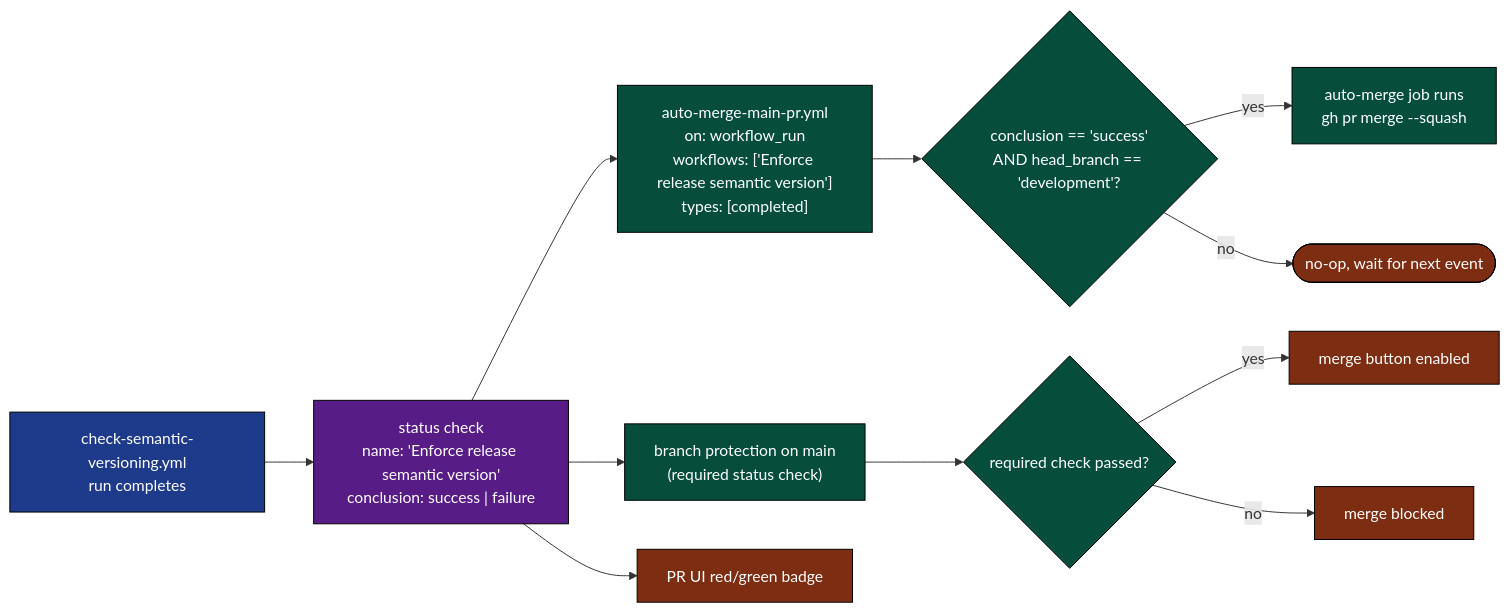
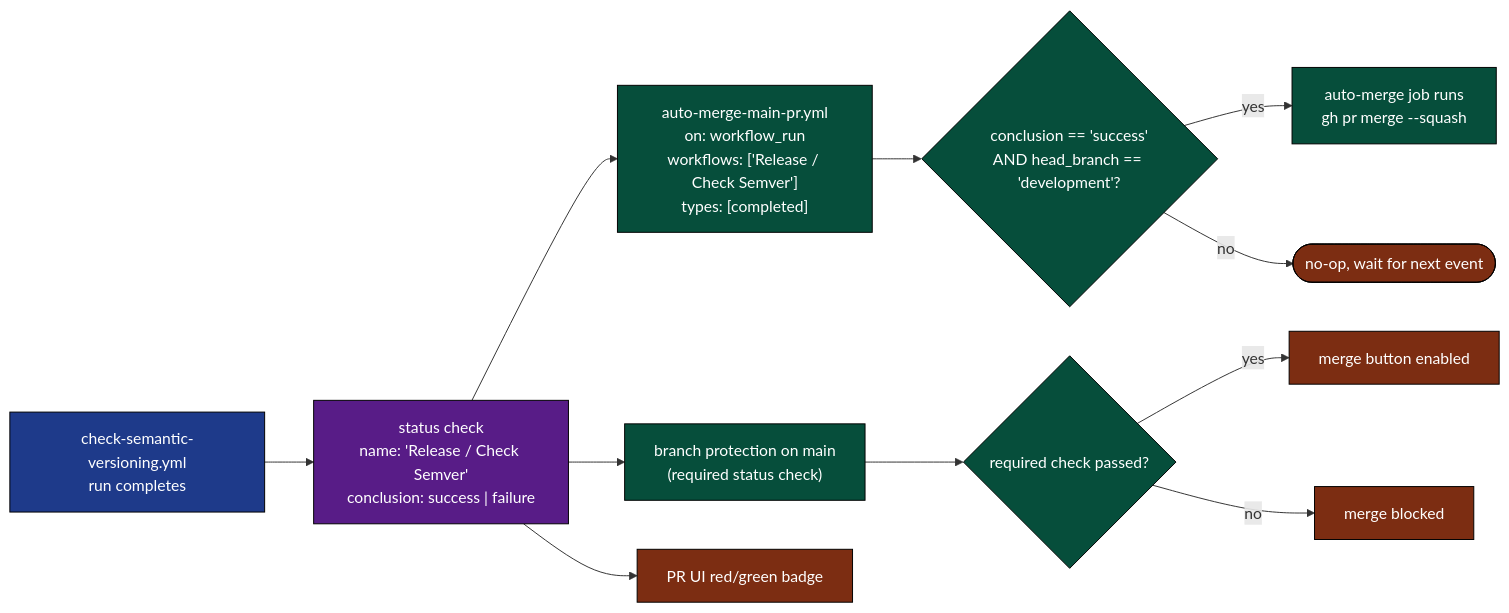
One commit to gregreindel/llm-exe changed the sixth of 9 diagrams in .github/docs/CHECK_SEMVER_DEEP_DIVE.md. Above: the diagram before and after it, drawn with Mermaid. The commit also changed other lines of this file and 5 other files, not shown here.

````diff
--- a/.github/docs/CHECK_SEMVER_DEEP_DIVE.md
+++ b/.github/docs/CHECK_SEMVER_DEEP_DIVE.md
@@ -237,22 +237,22 @@
 ```mermaid
 flowchart LR
     classDef src fill:#1e3a8a,color:#fff,stroke:#000
     classDef out fill:#581c87,color:#fff,stroke:#000
     classDef cons fill:#064e3b,color:#fff,stroke:#000
     classDef human fill:#7c2d12,color:#fff,stroke:#000
 
     SV["check-semantic-versioning.yml\nrun completes"]:::src
-    SV --> O1["status check\nname: 'Enforce release semantic version'\nconclusion: success | failure"]:::out
+    SV --> O1["status check\nname: 'Release / Check Semver'\nconclusion: success | failure"]:::out
 
-    O1 --> C1["auto-merge-main-pr.yml\non: workflow_run\nworkflows: ['Enforce release semantic version']\ntypes: [completed]"]:::cons
+    O1 --> C1["auto-merge-main-pr.yml\non: workflow_run\nworkflows: ['Release / Check Semver']\ntypes: [completed]"]:::cons
     O1 --> C2["branch protection on main\n(required status check)"]:::cons
     O1 --> C3["PR UI red/green badge"]:::human
 
     C1 --> G1{conclusion == 'success'\nAND head_branch == 'development'?}:::cons
     G1 -->|yes| AM["auto-merge job runs\ngh pr merge --squash"]:::cons
     G1 -->|no| SK([no-op, wait for next event]):::human
 
     C2 --> M{required check passed?}:::cons
     M -->|yes| RDY["merge button enabled"]:::human
     M -->|no| BLK["merge blocked"]:::human
 ```
````
